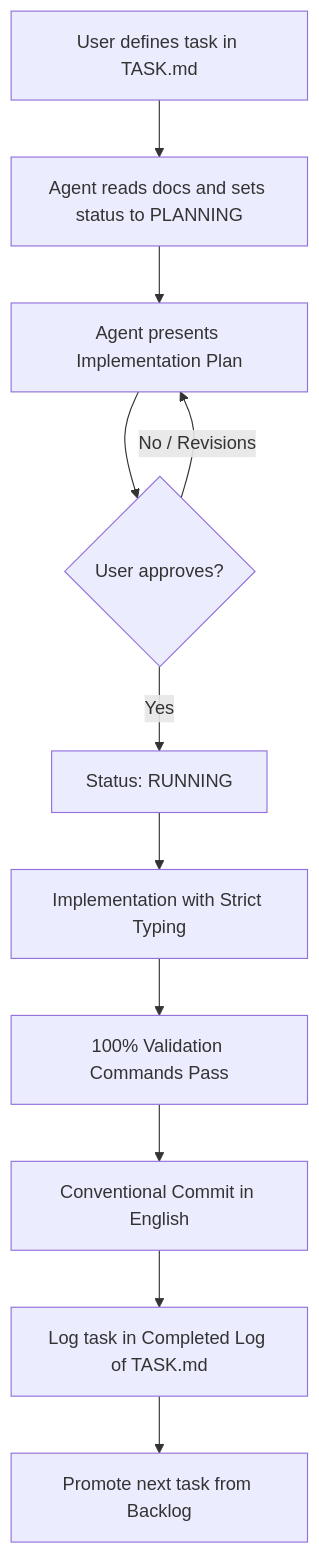
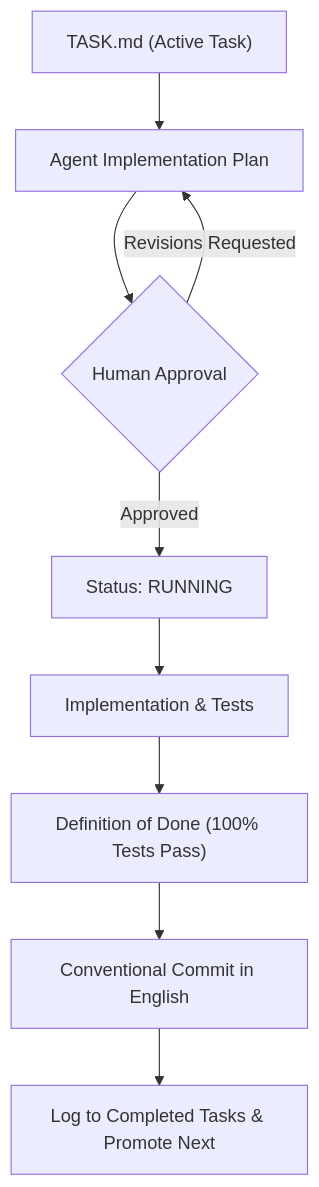
One commit to ye-sandbox/template-agent changed the diagram in README.md. Above: the diagram before and after it, drawn with Mermaid. The commit also changed other lines of this file and 1 other file, not shown here.

````diff
--- a/README.md
+++ b/README.md
@@ -94,13 +25,11 @@
 ```mermaid
-graph TD
-    A[User defines task in TASK.md] --> B[Agent reads docs and sets status to PLANNING]
-    B --> C[Agent presents Implementation Plan]
-    C --> D{User approves?}
-    D -- No / Revisions --> C
-    D -- Yes --> E[Status: RUNNING]
-    E --> F[Implementation with Strict Typing]
-    F --> G[100% Validation Commands Pass]
-    G --> H[Conventional Commit in English]
-    H --> I[Log task in Completed Log of TASK.md]
-    I --> J[Promote next task from Backlog]
+flowchart TD
+    Task["TASK.md (Active Task)"] --> Plan["Agent Implementation Plan"]
+    Plan --> Review{"Human Approval"}
+    Review -->|"Approved"| Running["Status: RUNNING"]
+    Review -->|"Revisions Requested"| Plan
+    Running --> Code["Implementation & Tests"]
+    Code --> DoD["Definition of Done (100% Tests Pass)"]
+    DoD --> Commit["Conventional Commit in English"]
+    Commit --> Done["Log to Completed Tasks & Promote Next"]
 ```
````
